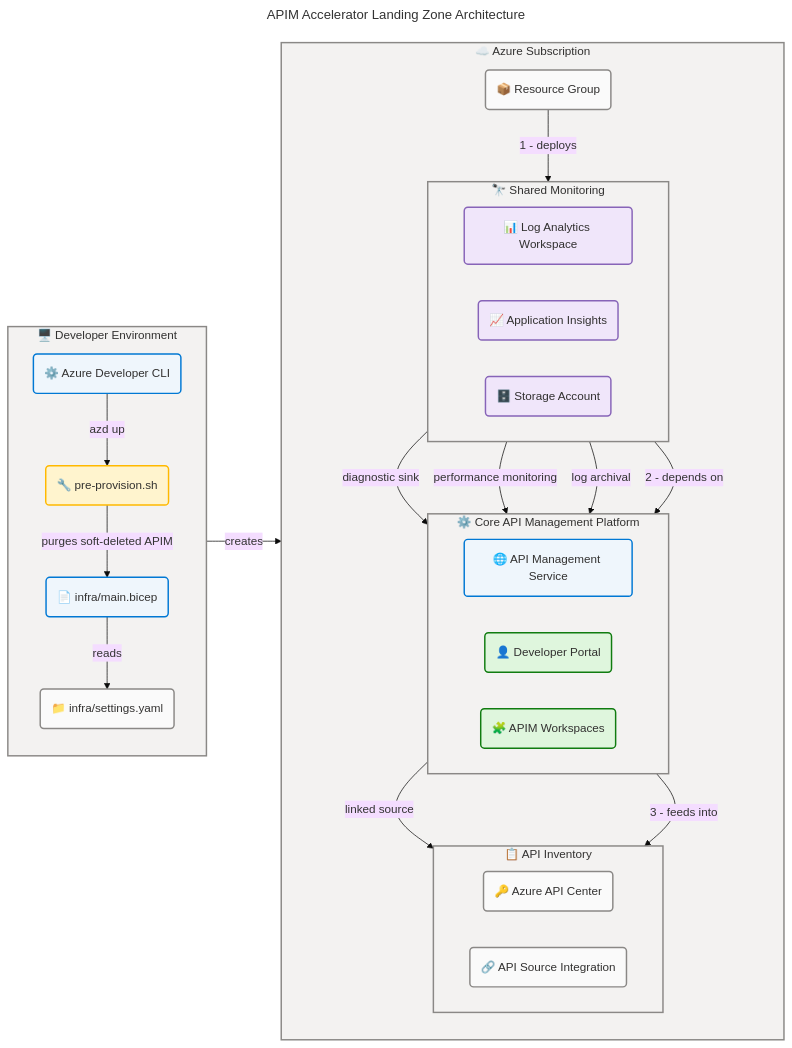
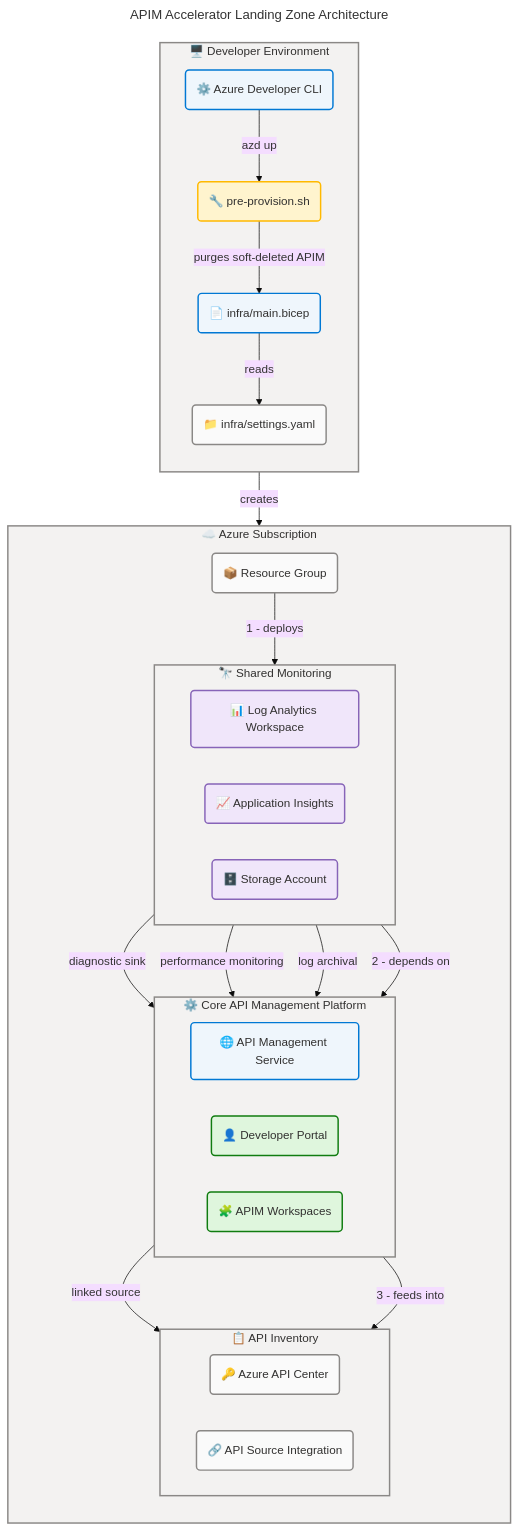
One commit to Evilazaro/APIM-Accelerator changed the diagram in README.md. Above: the diagram before and after it, drawn with Mermaid.

Commit message:
Change flowchart direction in README
Updated flowchart direction from LR to TD in README.

```diff
--- a/README.md
+++ b/README.md
@@ -97,7 +97,7 @@
   flowchart:
     htmlLabels: true
 ---
-flowchart LR
+flowchart TD
     accTitle: APIM Accelerator Landing Zone Architecture
     accDescr: End-to-end architecture of the APIM Accelerator showing azd CLI orchestration, Bicep modules, and deployed Azure resources grouped by shared monitoring, core platform, and API inventory layers
 
```
